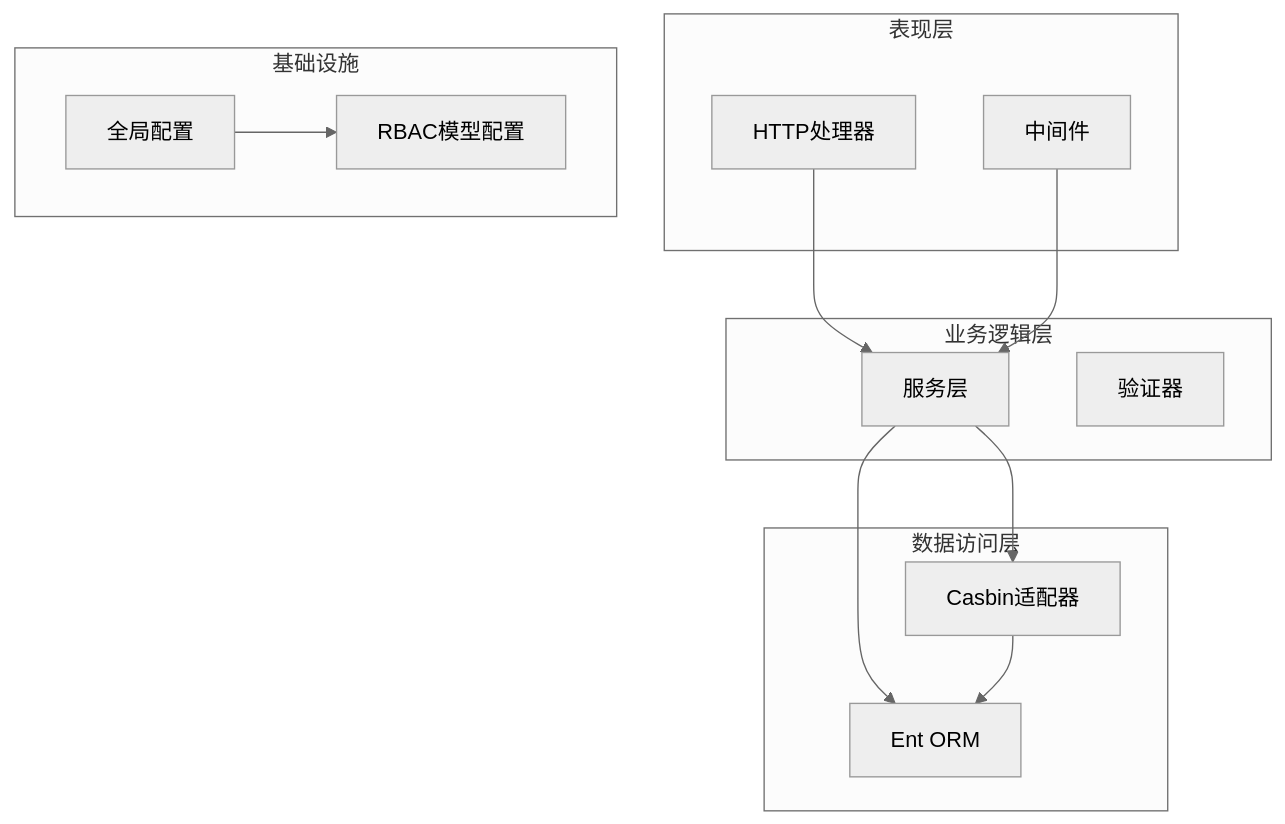
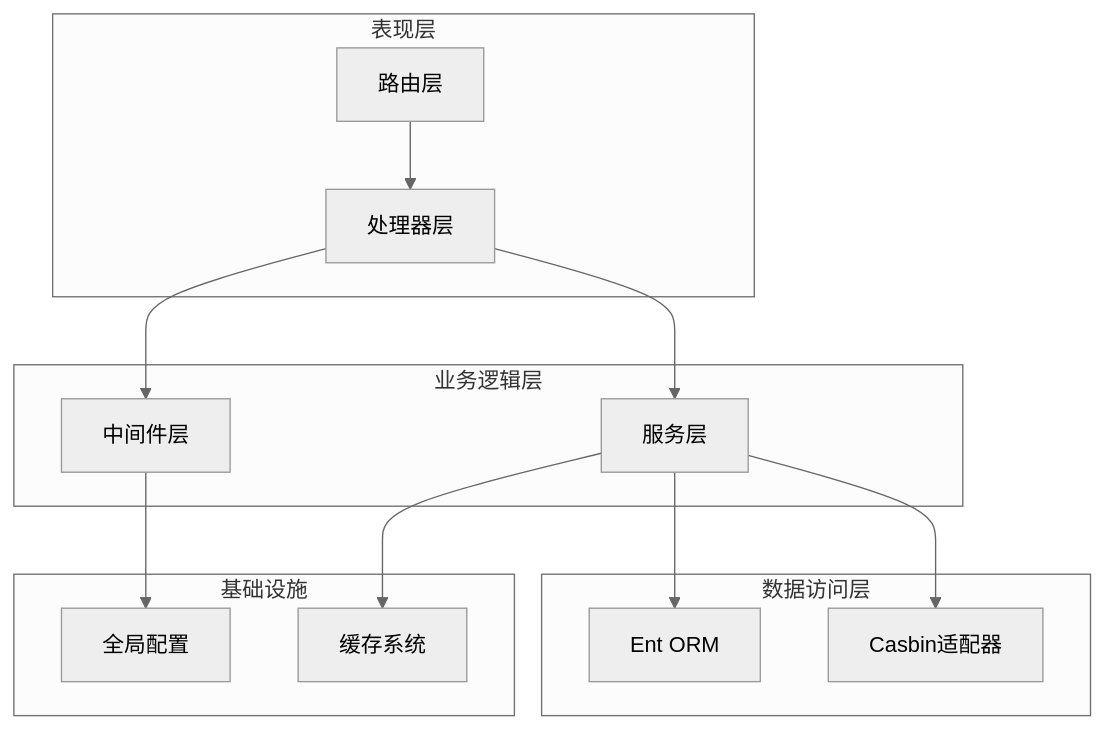
The first of 5 diagrams in .qoder/repowiki/zh/content/API接口文档/角色权限管理接口.md (wuwuseo/e-sports-go-admin), drawn with Mermaid (neutral theme) before and after one commit. The commit also changed other lines of this file and 141 other files, not shown here.

````diff
--- a/.qoder/repowiki/zh/content/API接口文档/角色权限管理接口.md
+++ b/.qoder/repowiki/zh/content/API接口文档/角色权限管理接口.md
@@ -37,25 +36,26 @@
 ```mermaid
 graph TB
 subgraph "表现层"
-Handler[HTTP处理器]
-Middleware[中间件]
+Router[路由层]
+Handler[处理器层]
 end
 subgraph "业务逻辑层"
 Service[服务层]
-Validator[验证器]
+Middleware[中间件层]
 end
 subgraph "数据访问层"
 Ent[Ent ORM]
-Adapter[Casbin适配器]
+Casbin[Casbin适配器]
 end
 subgraph "基础设施"
-RBAC[RBAC模型配置]
 Global[全局配置]
+Cache[缓存系统]
 end
+Router --> Handler
 Handler --> Service
 Service --> Ent
-Service --> Adapter
-Middleware --> Service
-Adapter --> Ent
-Global --> RBAC
+Service --> Casbin
+Handler --> Middleware
+Middleware --> Global
+Service --> Cache
 ```
````
